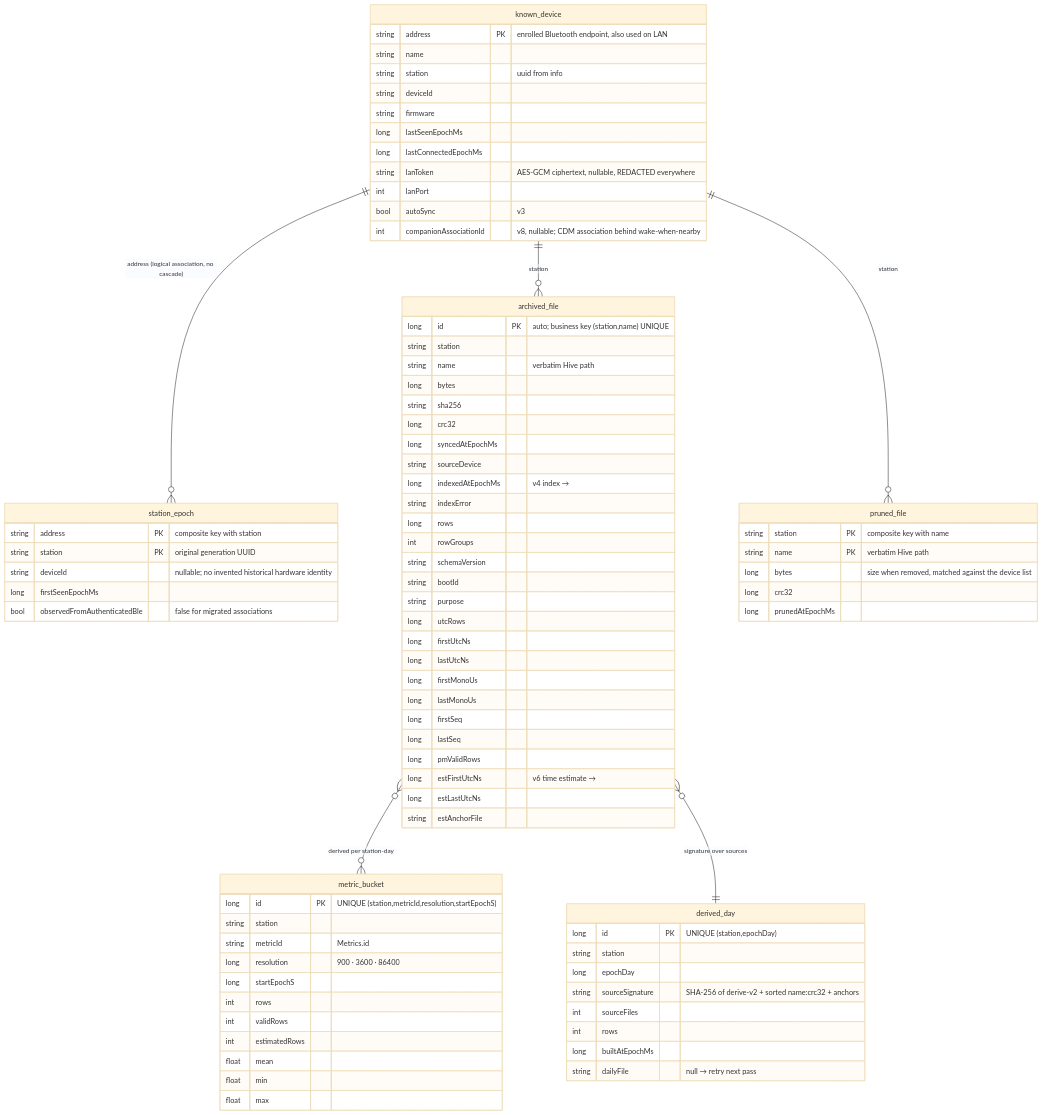
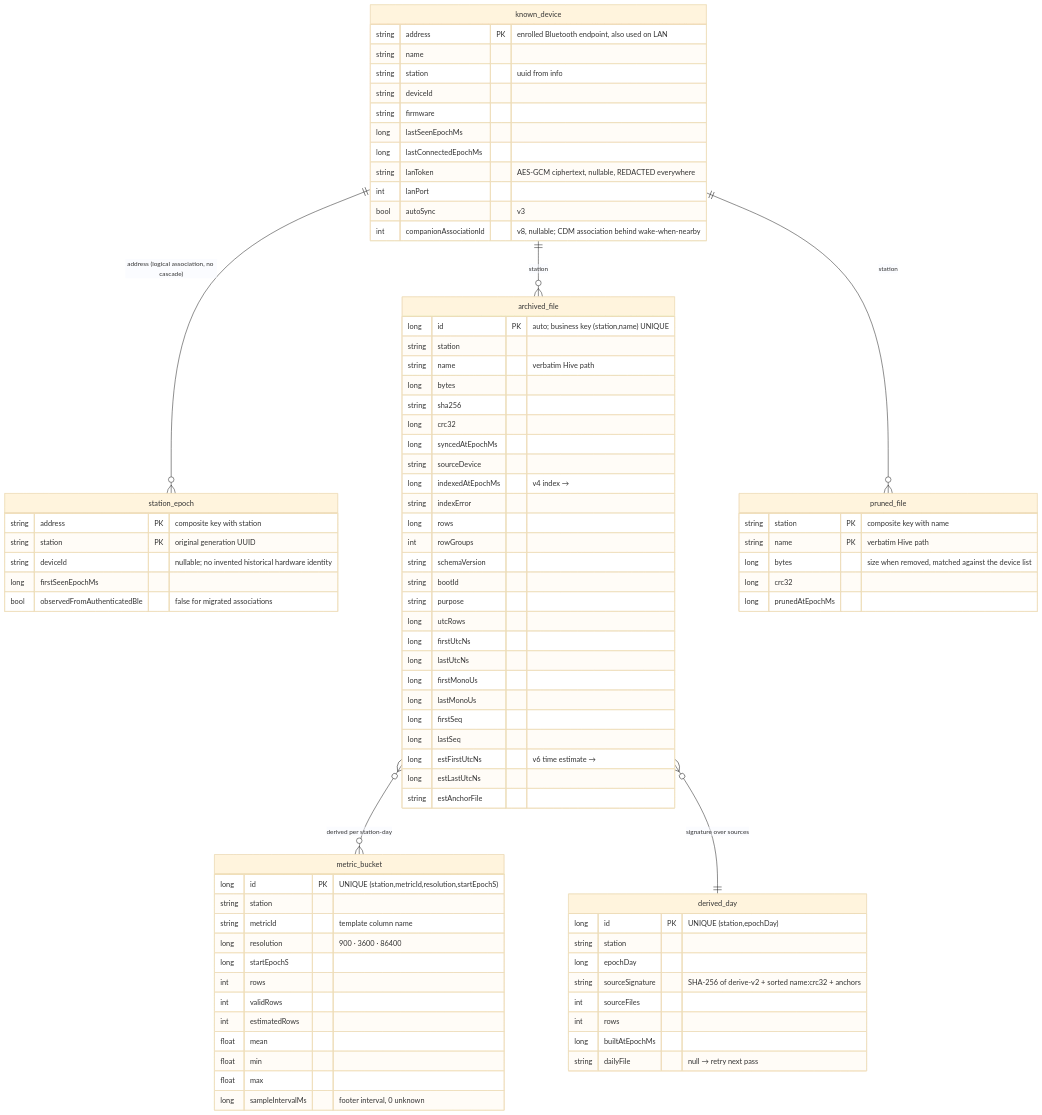
Before and after one commit to walkthru-earth/opensensor-space-mobile: the first of 2 diagrams in docs/data-model.md, drawn with Mermaid (base theme). The commit also changed other lines of this file and 82 other files, not shown here.

First line of the commit message:
Read History metrics from template datastreams (#204)

```diff
--- a/docs/data-model.md
+++ b/docs/data-model.md
@@ -72,7 +72,6 @@
     long lastMonoUs
     long firstSeq
     long lastSeq
-    long pmValidRows
     long estFirstUtcNs "v6 time estimate →"
     long estLastUtcNs
     string estAnchorFile
@@ -80,7 +79,7 @@
   metric_bucket {
     long id PK "UNIQUE (station,metricId,resolution,startEpochS)"
     string station
-    string metricId "Metrics.id"
+    string metricId "template column name"
     long resolution "900 · 3600 · 86400"
     long startEpochS
     int rows
@@ -89,6 +88,7 @@
     float mean
     float min
     float max
+    long sampleIntervalMs "footer interval, 0 unknown"
   }
   derived_day {
     long id PK "UNIQUE (station,epochDay)"
```
